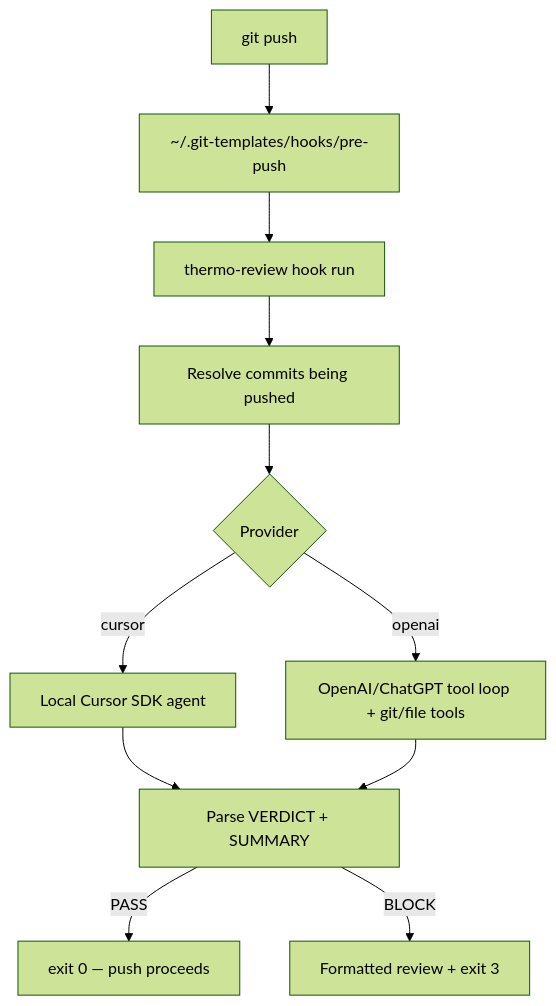
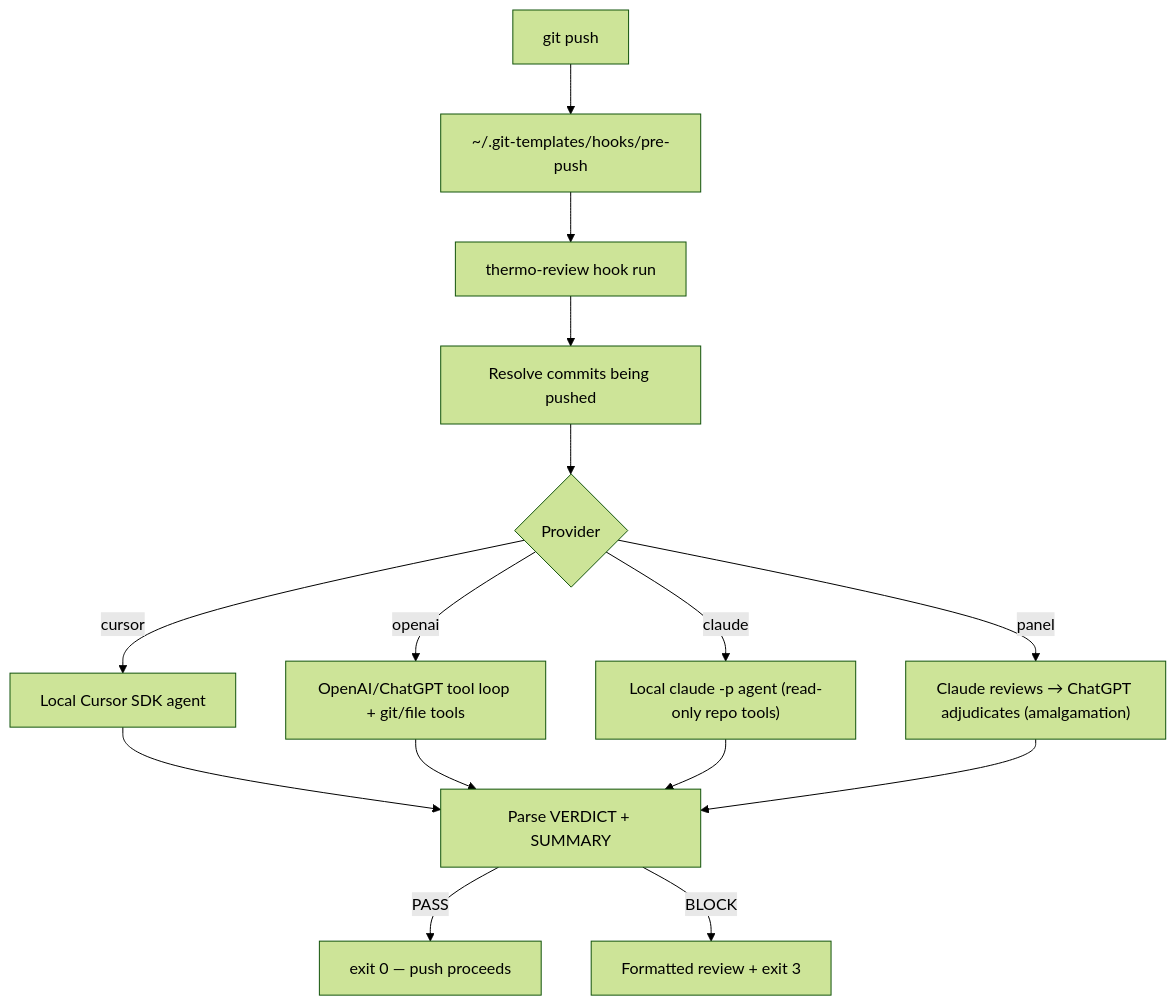
The diagram in README.md (ZNZ-systems/tnuk.dev), drawn with Mermaid (forest theme) before and after one commit. The commit also changed other lines of this file and 13 other files, not shown here.

First line of the commit message:
feat(review): add claude -p backend and Claude→ChatGPT amalgamation panel

````diff
--- a/README.md
+++ b/README.md
@@ -36,13 +38,17 @@
 ```mermaid
 flowchart TD
   gitPush[git push] --> prePushHook["~/.git-templates/hooks/pre-push"]
   prePushHook --> cli["thermo-review hook run"]
   cli --> scope[Resolve commits being pushed]
   scope --> backend{Provider}
   backend -->|cursor| cur[Local Cursor SDK agent]
   backend -->|openai| oai[OpenAI/ChatGPT tool loop + git/file tools]
+  backend -->|claude| cla["Local claude -p agent (read-only repo tools)"]
+  backend -->|panel| pan["Claude reviews → ChatGPT adjudicates (amalgamation)"]
   cur --> parse[Parse VERDICT + SUMMARY]
   oai --> parse
+  cla --> parse
+  pan --> parse
   parse -->|PASS| allow[exit 0 — push proceeds]
   parse -->|BLOCK| block[Formatted review + exit 3]
 ```
````
